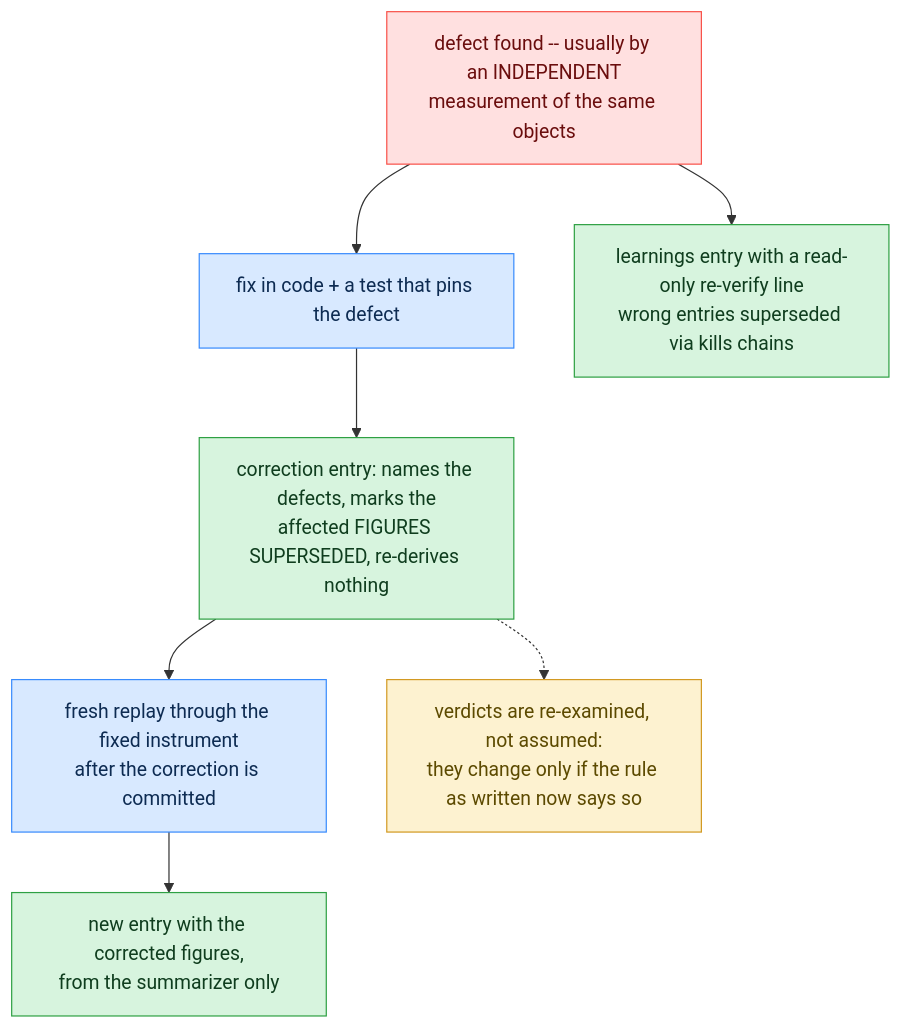
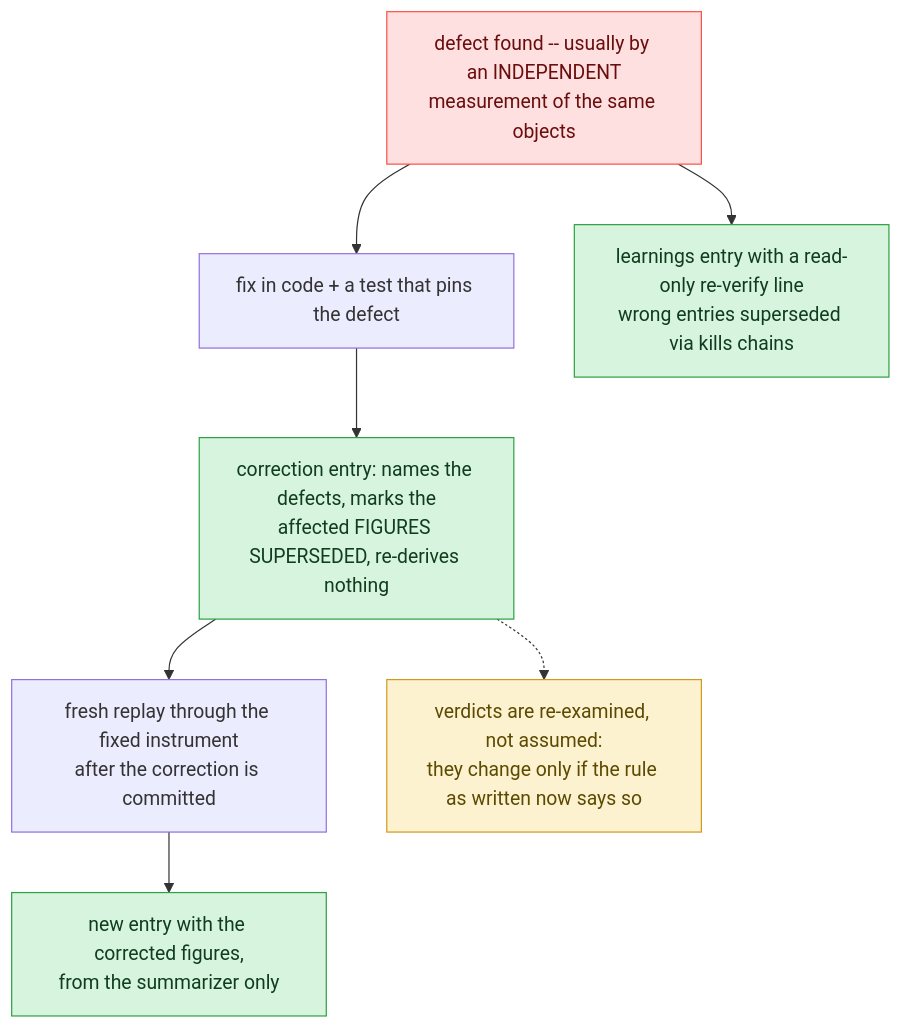
One commit to hossainpazooki/linear-ceiling changed the fifth of 7 diagrams in README.md. Above: the diagram before and after it, drawn with Mermaid. The commit also changed other lines of this file and 5 other files, not shown here.

Commit message:
docs: E0 scoping caveat in background; staleness audit across living docs; leaner diagram palette

````diff
--- a/README.md
+++ b/README.md
@@ -171,17 +159,15 @@
 ```mermaid
 flowchart TD
     D[defect found -- usually by an INDEPENDENT<br/>measurement of the same objects] --> F[fix in code + a test that pins the defect]
     D --> L[learnings entry with a read-only re-verify line<br/>wrong entries superseded via kills chains]
     F --> C[correction entry: names the defects, marks the<br/>affected FIGURES SUPERSEDED, re-derives nothing]
     C --> R[fresh replay through the fixed instrument<br/>after the correction is committed]
     R --> N[new entry with the corrected figures,<br/>from the summarizer only]
     C -.-> V[verdicts are re-examined, not assumed:<br/>they change only if the rule as written now says so]
     classDef bad fill:#ffe0e0,stroke:#f85149,color:#6a0d0d;
-    classDef work fill:#d8e9ff,stroke:#388bfd,color:#0d2b52;
     classDef record fill:#d7f4de,stroke:#2ea043,color:#0f3d1e;
     classDef guard fill:#fdf2d0,stroke:#d29922,color:#5c4a00;
     class D bad;
-    class F,R work;
     class L,C,N record;
     class V guard;
 ```
````
